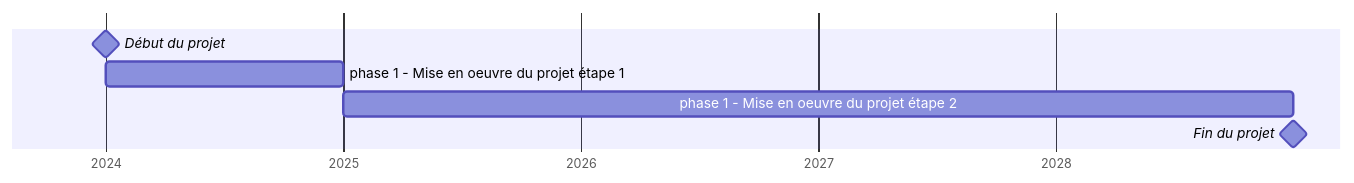
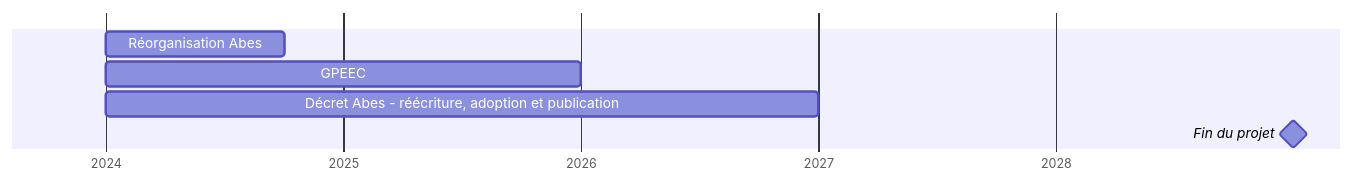
One commit to abes-esr/projet2024 changed the sixth of 6 diagrams in docs/projet2024-calendrier.md. Above: the diagram before and after it, drawn with Mermaid. The commit also changed other lines of this file and 5 other files, not shown here.

````diff
--- a/docs/projet2024-calendrier.md
+++ b/docs/projet2024-calendrier.md
@@ -9,11 +126,12 @@
 ```mermaid
 gantt
     tickInterval  6month
     axisFormat %Y
     dateFormat YYYY-MM-DD
 
-    Début du projet         :milestone,2024-01-01,0d
-      phase 1 - Mise en oeuvre du projet étape 1    :2024-01-01,2024-12-31
-      phase 1 - Mise en oeuvre du projet étape 2    :2025-01-01,2028-12-31
+      Réorganisation Abes      :o1,2024-01-01,2024-10-01
+      GPEEC                    :o2,2024-01-01,2025-12-31
+      Décret Abes - réécriture, adoption et publication :o4,2024-01-01,2026-12-31
+
     Fin du projet           :milestone,2028-12-31,0d
 ```
````
